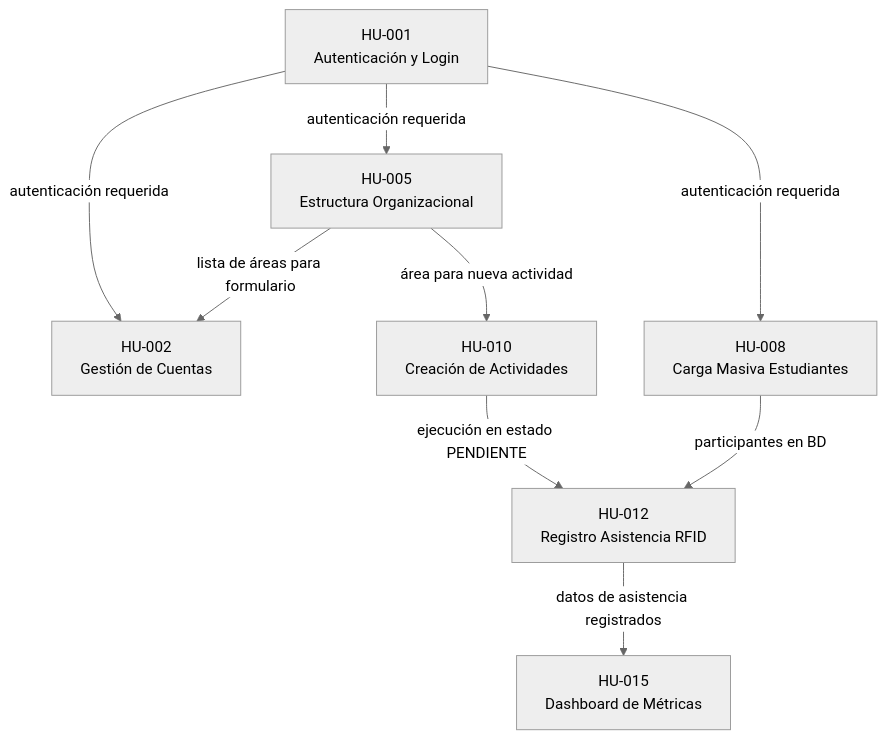
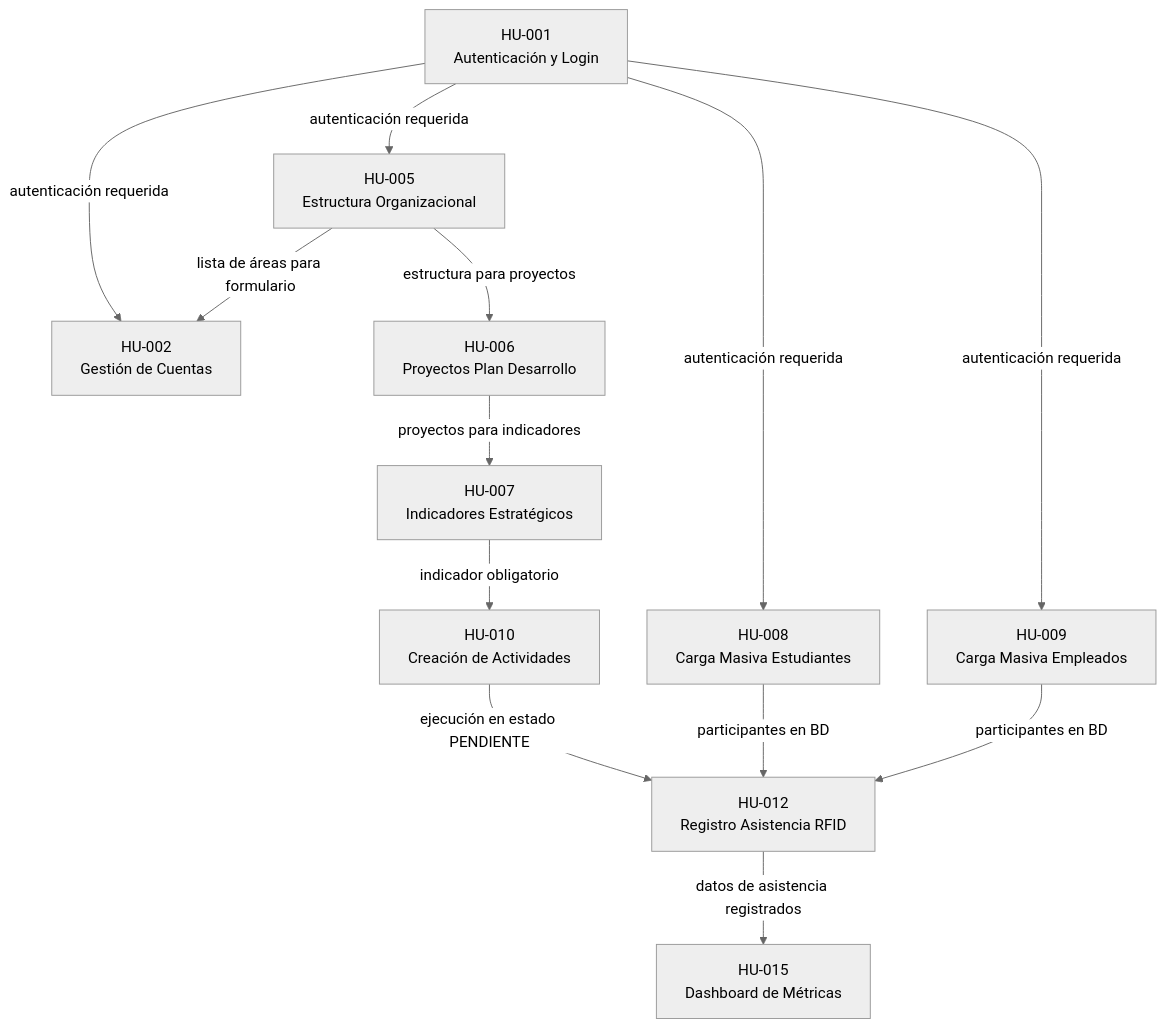
One commit to sibeuco/DocumentacionSibe changed the third of 6 diagrams in docs/artifacts/14.plan_de_liberaciones_del_producto.md. Above: the diagram before and after it, drawn with Mermaid (neutral theme). The commit also changed other lines of this file and 9 other files, not shown here.

````diff
--- a/docs/artifacts/14.plan_de_liberaciones_del_producto.md
+++ b/docs/artifacts/14.plan_de_liberaciones_del_producto.md
@@ -260,19 +270,26 @@
 ```mermaid
 graph TD
     HU001["HU-001\nAutenticación y Login"]
     HU002["HU-002\nGestión de Cuentas"]
     HU005["HU-005\nEstructura Organizacional"]
+    HU006["HU-006\nProyectos Plan Desarrollo"]
+    HU007["HU-007\nIndicadores Estratégicos"]
     HU008["HU-008\nCarga Masiva Estudiantes"]
+    HU009["HU-009\nCarga Masiva Empleados"]
     HU010["HU-010\nCreación de Actividades"]
     HU012["HU-012\nRegistro Asistencia RFID"]
     HU015["HU-015\nDashboard de Métricas"]
 
     HU001 -->|"autenticación requerida"| HU002
     HU001 -->|"autenticación requerida"| HU005
     HU001 -->|"autenticación requerida"| HU008
+    HU001 -->|"autenticación requerida"| HU009
     HU005 -->|"lista de áreas para formulario"| HU002
-    HU005 -->|"área para nueva actividad"| HU010
+    HU005 -->|"estructura para proyectos"| HU006
+    HU006 -->|"proyectos para indicadores"| HU007
+    HU007 -->|"indicador obligatorio"| HU010
     HU008 -->|"participantes en BD"| HU012
+    HU009 -->|"participantes en BD"| HU012
     HU010 -->|"ejecución en estado PENDIENTE"| HU012
     HU012 -->|"datos de asistencia registrados"| HU015
 ```
````
